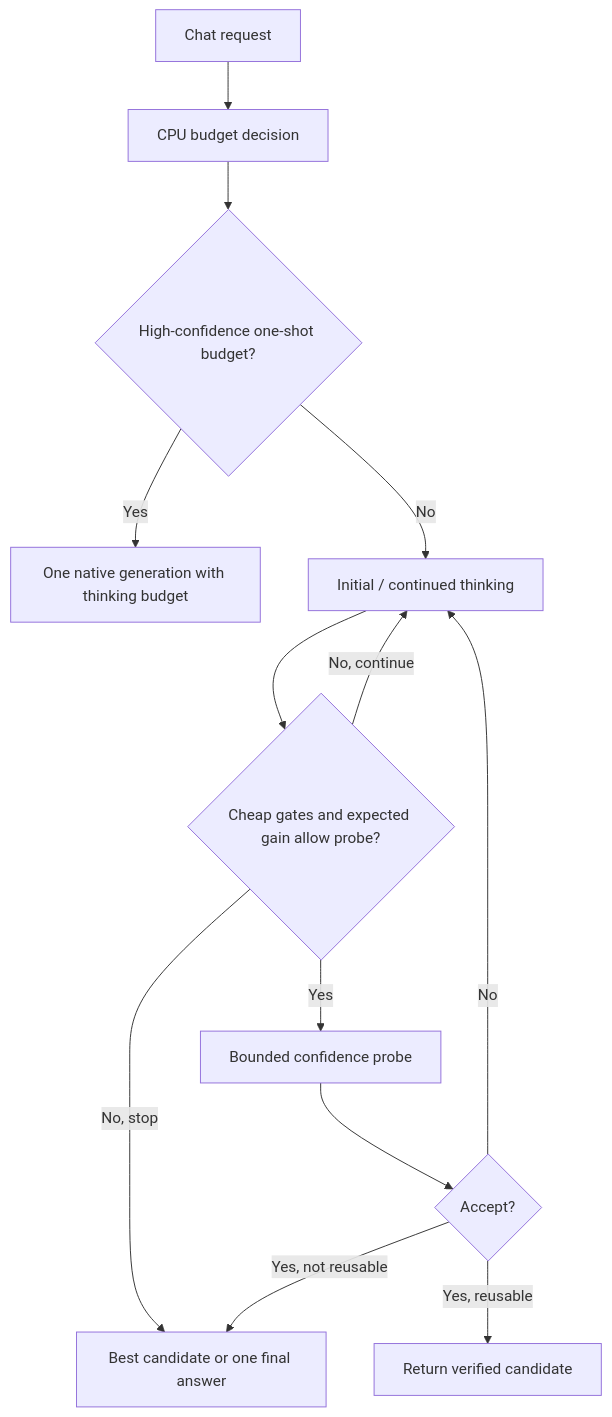
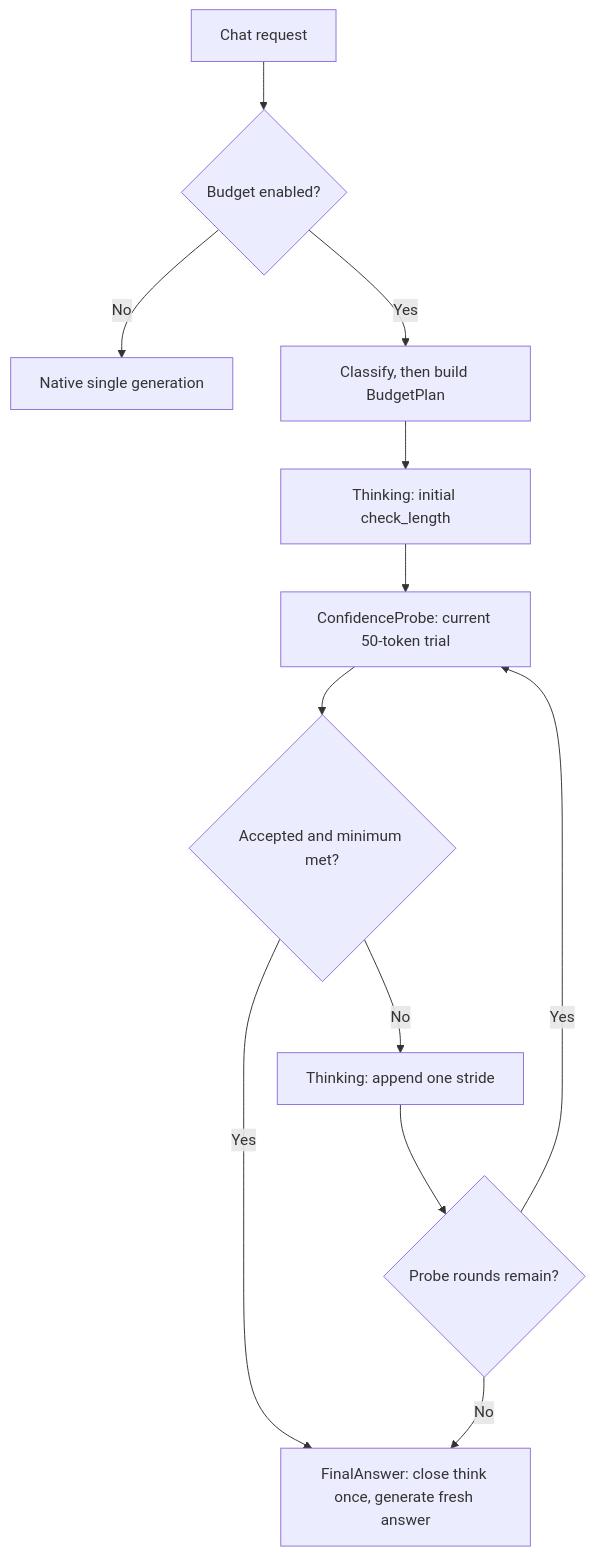
The diagram in docs/debug/deer_performance_analysis.md (F00L42/TB), drawn with Mermaid before and after one commit. The commit also changed other lines of this file and 30 other files, not shown here.

Commit message:
codex: refactoring think_budget_vllm_adapter

````diff
--- a/docs/debug/deer_performance_analysis.md
+++ b/docs/debug/deer_performance_analysis.md
@@ -309,15 +324,14 @@
 ```mermaid
 flowchart TD
-    A["Chat request"] --> B["CPU budget decision"]
-    B --> C{"High-confidence one-shot budget?"}
-    C -- Yes --> D["One native generation with thinking budget"]
-    C -- No --> E["Initial / continued thinking"]
-    E --> F{"Cheap gates and expected gain allow probe?"}
-    F -- No, continue --> E
-    F -- No, stop --> I["Best candidate or one final answer"]
-    F -- Yes --> G["Bounded confidence probe"]
-    G --> H{"Accept?"}
-    H -- No --> E
-    H -- Yes, reusable --> J["Return verified candidate"]
-    H -- Yes, not reusable --> I
+    A["Chat request"] --> B{"Budget enabled?"}
+    B -- No --> C["Native single generation"]
+    B -- Yes --> D["Classify, then build BudgetPlan"]
+    D --> E["Thinking: initial check_length"]
+    E --> F["ConfidenceProbe: current 50-token trial"]
+    F --> G{"Accepted and minimum met?"}
+    G -- Yes --> H["FinalAnswer: close think once, generate fresh answer"]
+    G -- No --> I["Thinking: append one stride"]
+    I --> J{"Probe rounds remain?"}
+    J -- Yes --> F
+    J -- No --> H
 ```
````
